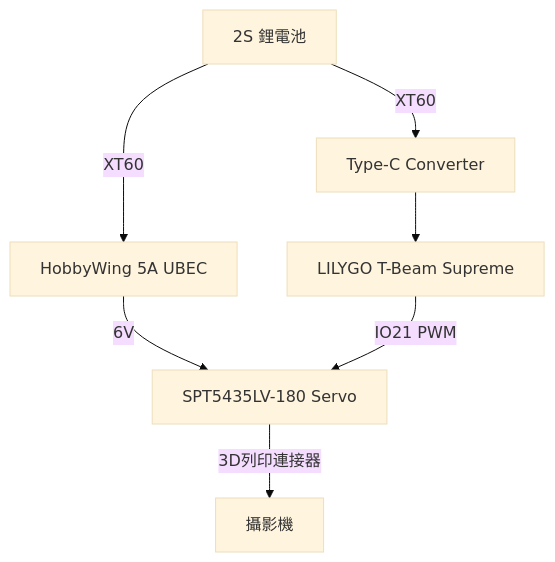
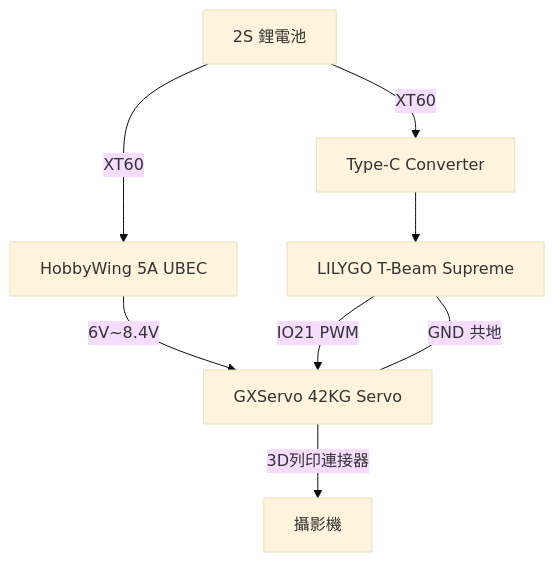
One commit to n8886919/Shore-Spotter changed the diagram in docs/hardware.md. Above: the diagram before and after it, drawn with Mermaid (base theme). The commit also changed other lines of this file and 6 other files, not shown here.

````diff
--- a/docs/hardware.md
+++ b/docs/hardware.md
@@ -159,12 +171,13 @@
 ```mermaid
 flowchart TD
     B[2S 鋰電池<br/>]
 
     B -->|XT60| U[HobbyWing 5A UBEC]
     B -->|XT60| C[Type-C Converter]
-    U -->|6V| S[SPT5435LV-180 Servo]
+    U -->|6V~8.4V| S[GXServo 42KG Servo]
     C --> T[LILYGO T-Beam Supreme]
     T -->|IO21 PWM| S
+    T ---|GND 共地| S
     S -->|3D列印連接器| A[攝影機]
 
 ```
````
